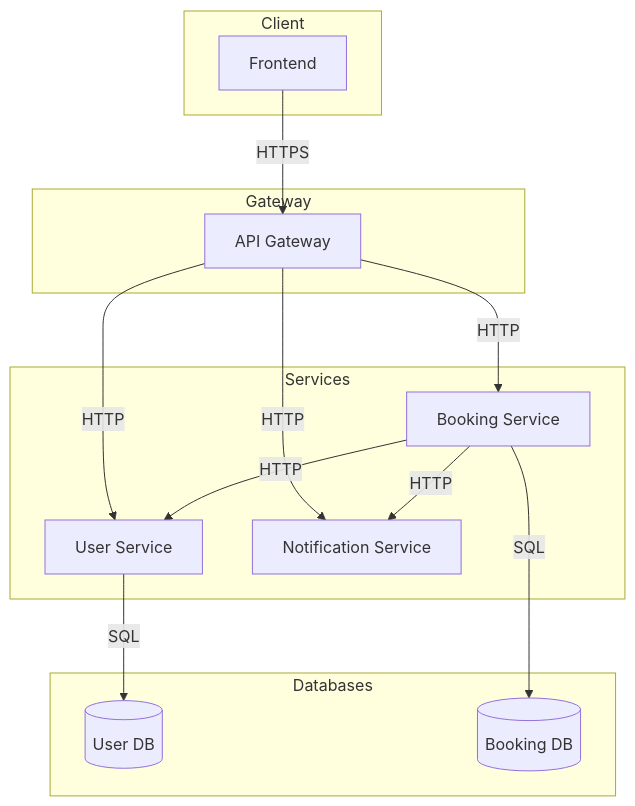
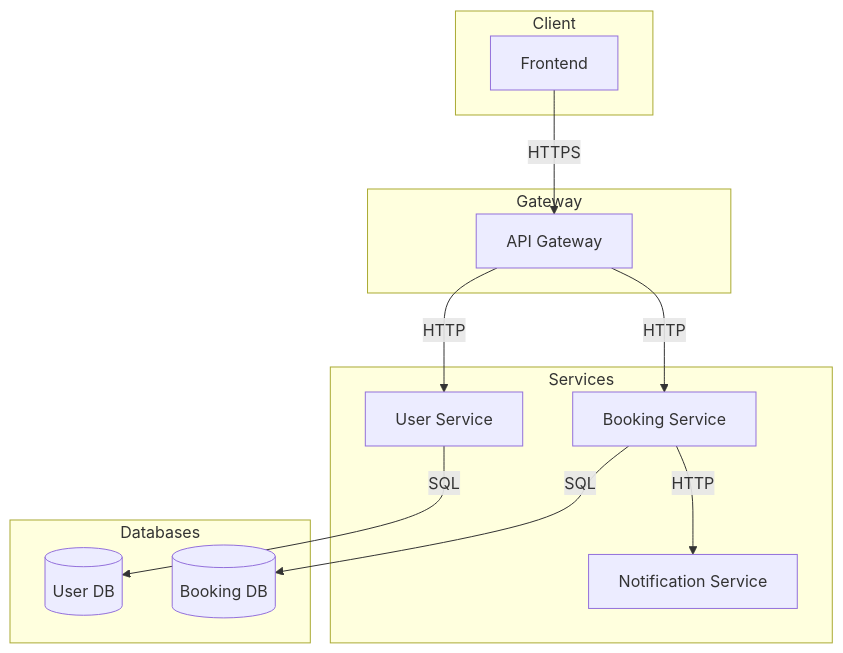
Before and after one commit to dalai-llama2004/blatnye-bratuyni: the first of 10 diagrams in docs/tr.md, drawn with Mermaid.

````diff
--- a/docs/tr.md
+++ b/docs/tr.md
@@ -184,34 +184,32 @@
 ```mermaid
 graph TD
 
 subgraph Client
     WebApp[Frontend]
 end
 
 subgraph Gateway
     APIGateway[API Gateway]
 end
 
 subgraph Services
     UserService[User Service]
     BookingService[Booking Service]
     NotificationService[Notification Service]
 end
 
 subgraph Databases
     UserDB[(User DB)]
     BookingDB[(Booking DB)]
 end
 
 WebApp-->|HTTPS|APIGateway
 
 APIGateway-->|HTTP|UserService
 APIGateway-->|HTTP|BookingService
-APIGateway-->|HTTP|NotificationService
 
 UserService-->|SQL|UserDB
 BookingService-->|SQL|BookingDB
 
-BookingService-->|HTTP|UserService
 BookingService-->|HTTP|NotificationService
 ```
````
